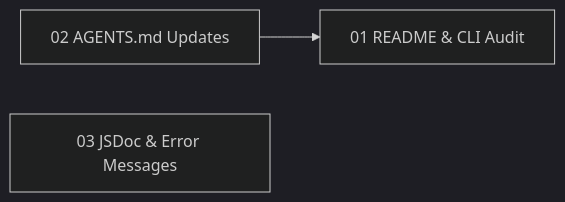
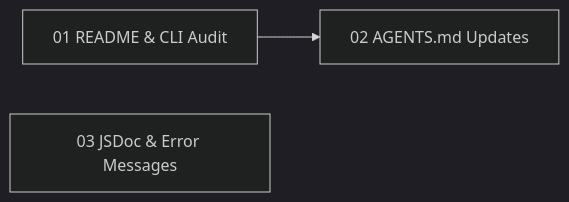
Before and after one commit to Duccci/Zenos-Planner: the diagram in zeno/gates/gate-09-documentation-polish.md, drawn with Mermaid (dark theme). The commit also changed 4 other files, not shown here.

Commit message:
feat: update requirement schemas and documentation for clarity and accuracy

````diff
--- a/zeno/gates/gate-09-documentation-polish.md
+++ b/zeno/gates/gate-09-documentation-polish.md
@@ -109,6 +109,7 @@
 ```mermaid
 graph LR
-    hash1["01 README & CLI Audit"]
-    hash2["02 AGENTS.md Updates"] --> hash1
-    hash3["03 JSDoc & Error Messages"]
+    readmeCliAudit["01 README & CLI Audit"]
+    agentsMdUpdates["02 AGENTS.md Updates"]
+    jsdocErrorMessages["03 JSDoc & Error Messages"]
+    readmeCliAudit --> agentsMdUpdates
 ```
````
